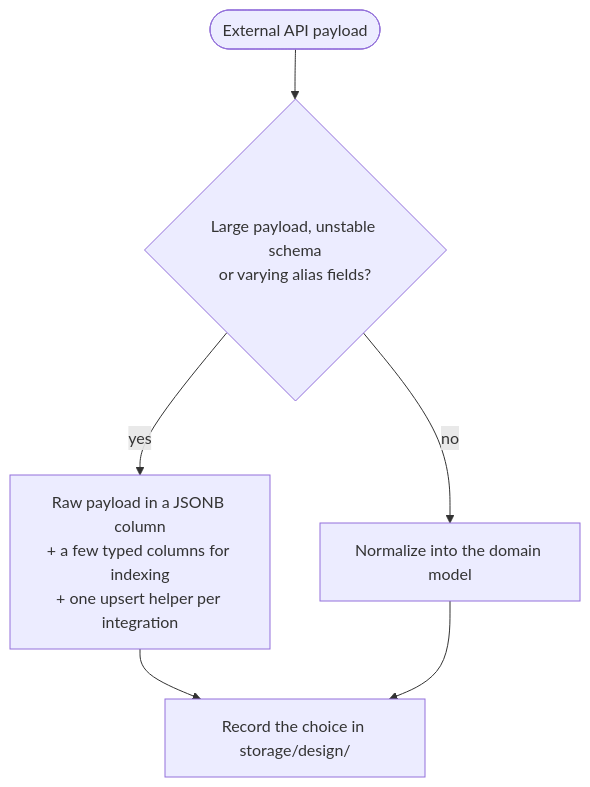
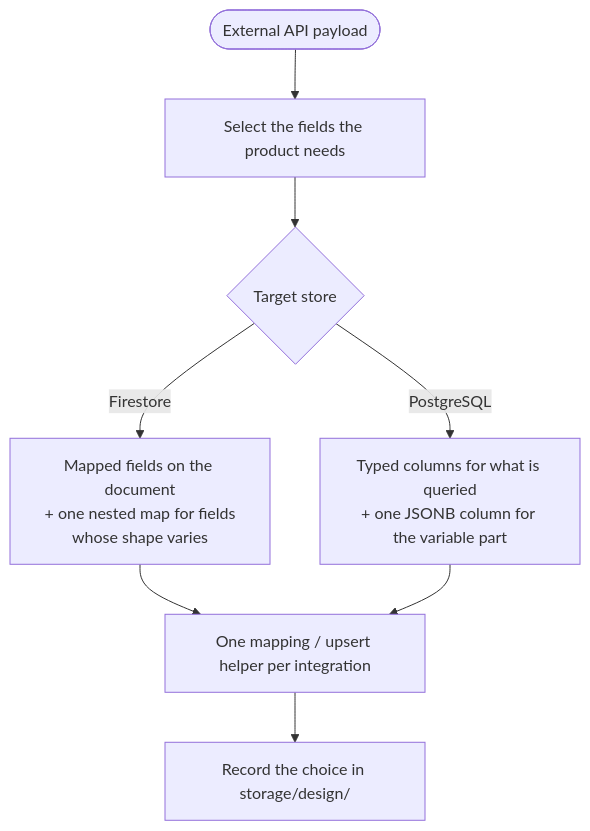
The second of 3 diagrams in src/templates/shared/steering/rules/itg/data.md (Improve-To-Grow/MUSUBI), drawn with Mermaid before and after one commit. The commit also changed other lines of this file and 57 other files, not shown here.

````diff
--- a/src/templates/shared/steering/rules/itg/data.md
+++ b/src/templates/shared/steering/rules/itg/data.md
@@ -34,8 +32,10 @@
 ```mermaid
 flowchart TD
-    E([External API payload]) --> U{Large payload, unstable schema<br/>or varying alias fields?}
-    U -- yes --> J[Raw payload in a JSONB column<br/>+ a few typed columns for indexing<br/>+ one upsert helper per integration]
-    U -- no --> N[Normalize into the domain model]
-    J --> R[Record the choice in storage/design/]
-    N --> R
+    E([External API payload]) --> SEL[Select the fields the product needs]
+    SEL --> DB{Target store}
+    DB -- Firestore --> F[Mapped fields on the document<br/>+ one nested map for fields<br/>whose shape varies]
+    DB -- PostgreSQL --> P[Typed columns for what is queried<br/>+ one JSONB column for the variable part]
+    F --> H[One mapping / upsert helper per integration]
+    P --> H
+    H --> R[Record the choice in storage/design/]
 ```
````
